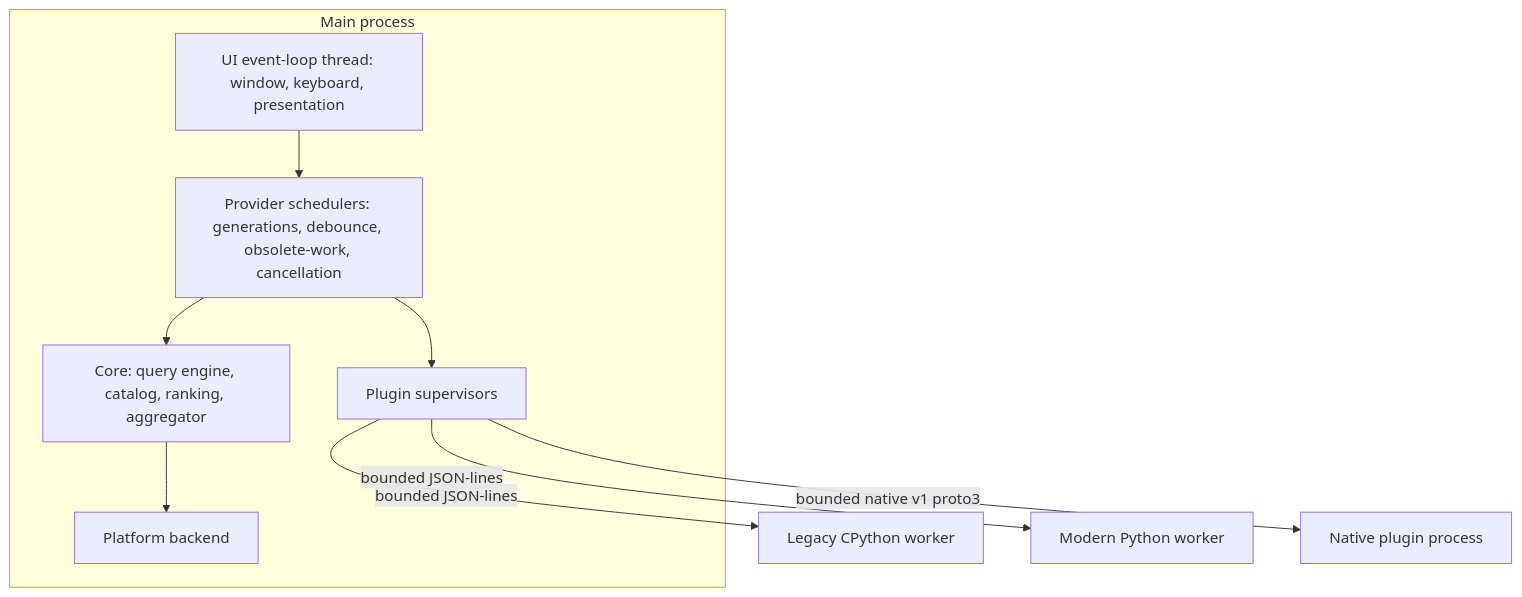
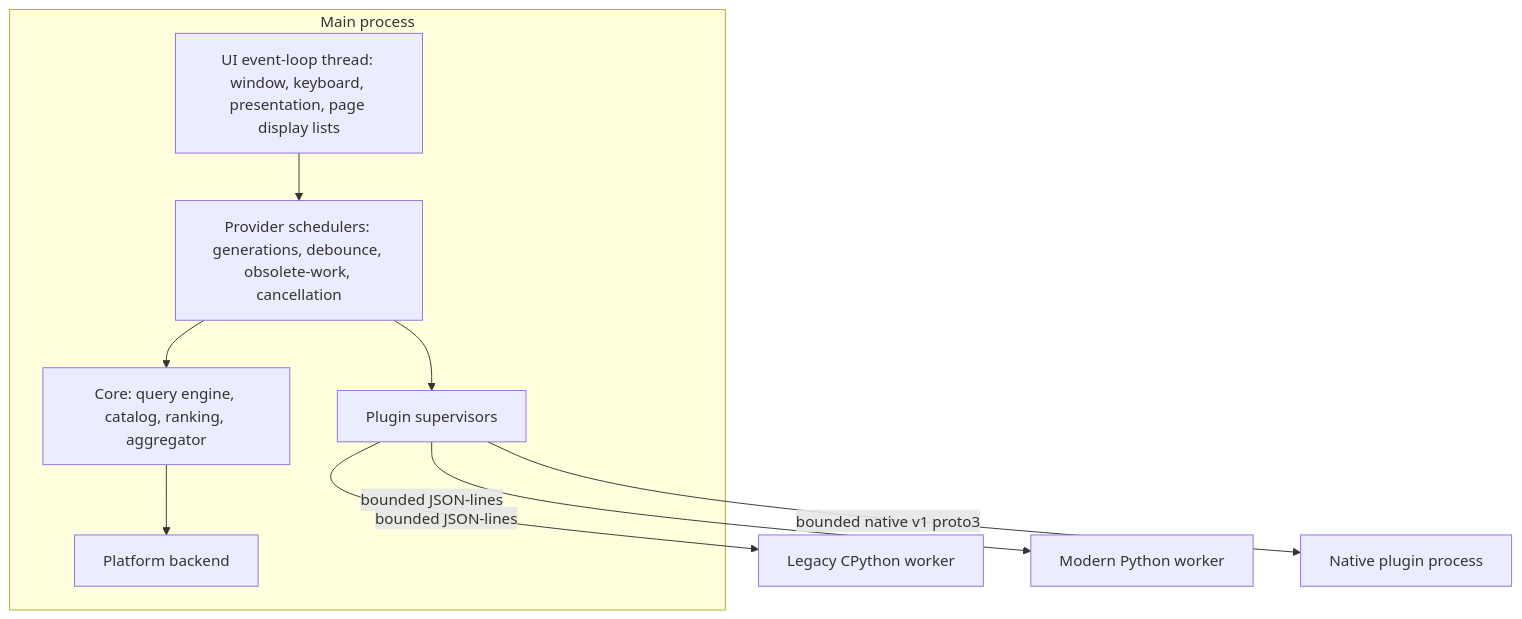
The first of 2 diagrams in docs/architecture.md (yichenchong/CriKey), drawn with Mermaid before and after one commit. The commit also changed other lines of this file and 39 other files, not shown here.

````diff
--- a/docs/architecture.md
+++ b/docs/architecture.md
@@ -10,20 +10,20 @@
 ```mermaid
 graph TB
   subgraph main[Main process]
-    UI[UI event-loop thread: window, keyboard, presentation]
+    UI[UI event-loop thread: window, keyboard, presentation, page display lists]
     SCHED[Provider schedulers: generations, debounce, obsolete-work, cancellation]
     CORE[Core: query engine, catalog, ranking, aggregator]
     SUP[Plugin supervisors]
     PLAT[Platform backend]
   end
   LW[Legacy CPython worker]
   MW[Modern Python worker]
   NW[Native plugin process]
   UI --> SCHED
   SCHED --> CORE
   SCHED --> SUP
   SUP -->|bounded JSON-lines| LW
   SUP -->|bounded JSON-lines| MW
   SUP -->|bounded native v1 proto3| NW
   CORE --> PLAT
 ```
````
